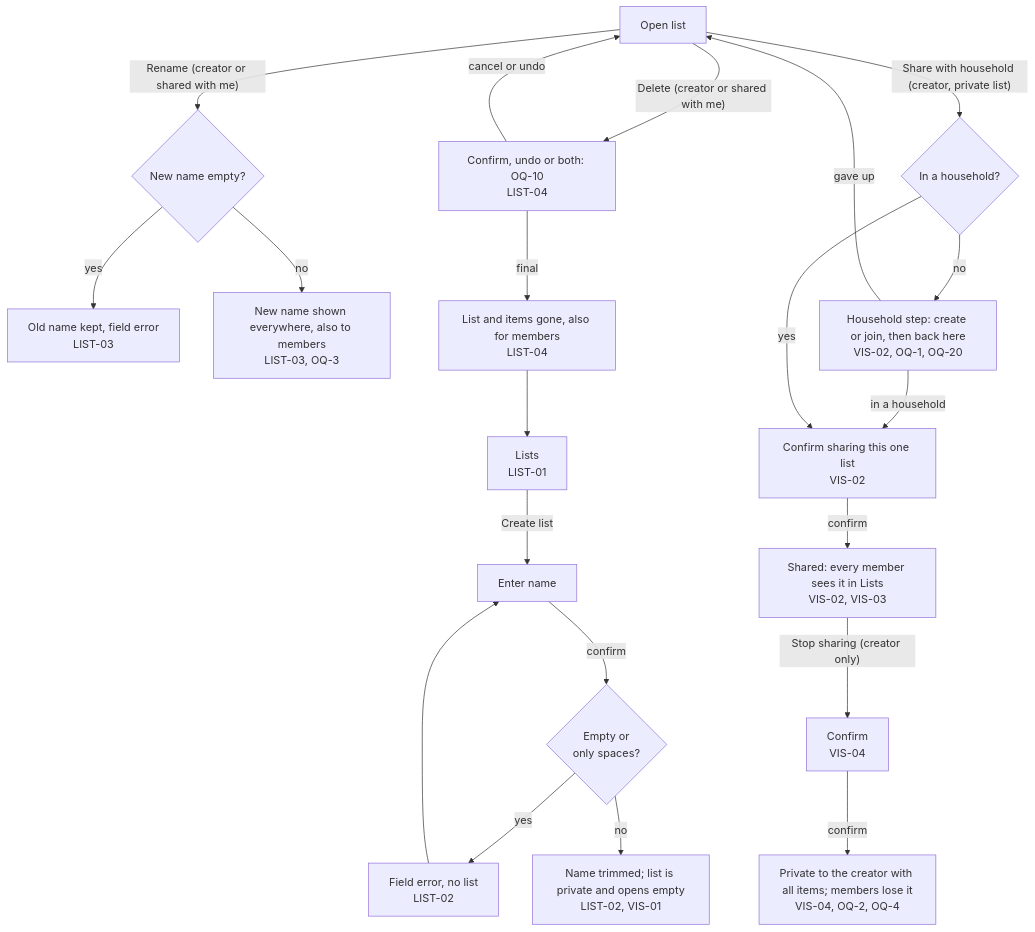
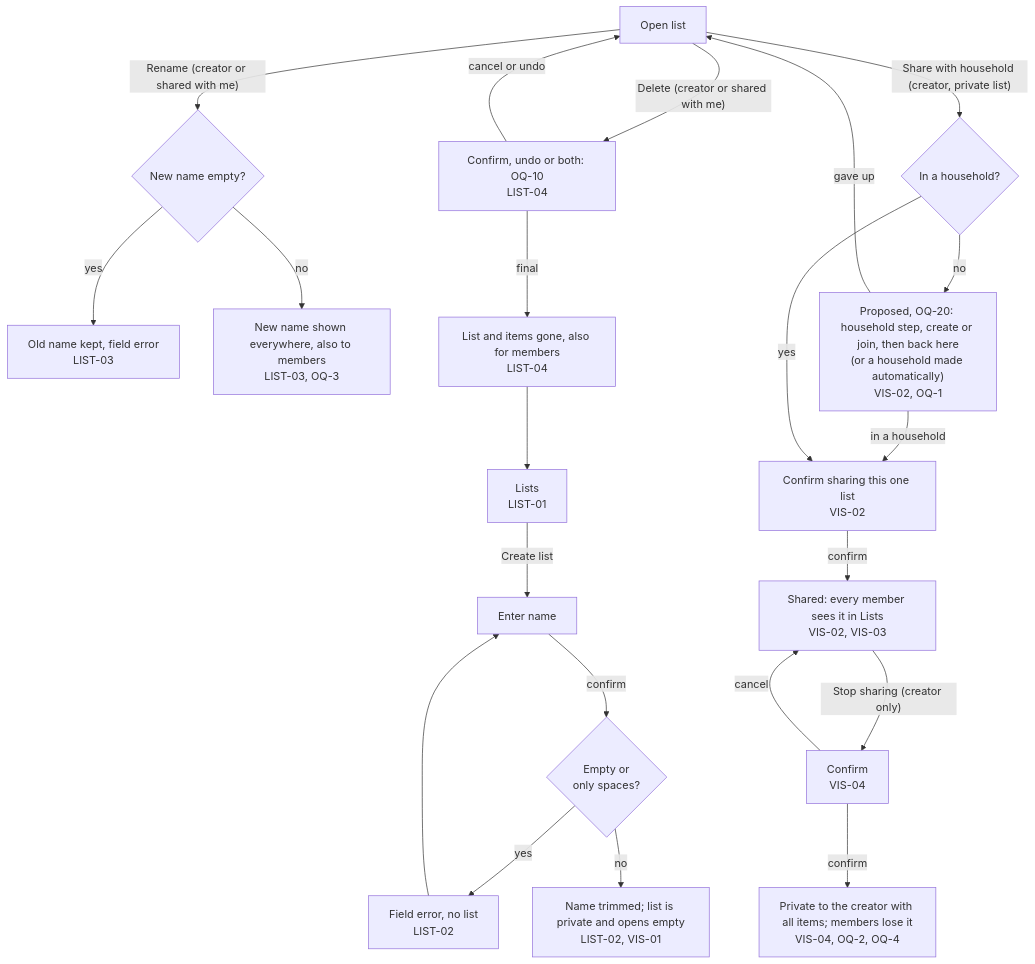
Before and after one commit to bondo/listicles2: the fifth of 10 diagrams in docs/product/flow.md, drawn with Mermaid. The commit also changed other lines of this file, not shown here.

````diff
--- a/docs/product/flow.md
+++ b/docs/product/flow.md
@@ -116,21 +125,22 @@
 ```mermaid
 flowchart TD
     lists["Lists<br>LIST-01"] -- "Create list" --> name["Enter name"]
     name -- "confirm" --> nvalid{"Empty or<br>only spaces?"}
     nvalid -- "yes" --> nerr["Field error, no list<br>LIST-02"] --> name
     nvalid -- "no" --> newlist["Name trimmed; list is private and opens empty<br>LIST-02, VIS-01"]
     open["Open list"] -- "Rename (creator or shared with me)" --> rn{"New name empty?"}
     rn -- "yes" --> rnerr["Old name kept, field error<br>LIST-03"]
     rn -- "no" --> renamed["New name shown everywhere, also to members<br>LIST-03, OQ-3"]
     open -- "Delete (creator or shared with me)" --> del["Confirm, undo or both: OQ-10<br>LIST-04"]
     del -- "cancel or undo" --> open
     del -- "final" --> dgone["List and items gone, also for members<br>LIST-04"] --> lists
     open -- "Share with household (creator, private list)" --> inhh{"In a household?"}
-    inhh -- "no" --> hstep["Household step: create or join, then back here<br>VIS-02, OQ-1, OQ-20"]
+    inhh -- "no" --> hstep["Proposed, OQ-20: household step, create or join, then back here<br>(or a household made automatically)<br>VIS-02, OQ-1"]
     hstep -- "in a household" --> sconfirm
     hstep -- "gave up" --> open
     inhh -- "yes" --> sconfirm["Confirm sharing this one list<br>VIS-02"]
     sconfirm -- "confirm" --> shared["Shared: every member sees it in Lists<br>VIS-02, VIS-03"]
     shared -- "Stop sharing (creator only)" --> stop["Confirm<br>VIS-04"]
+    stop -- "cancel" --> shared
     stop -- "confirm" --> private["Private to the creator with all items; members lose it<br>VIS-04, OQ-2, OQ-4"]
 ```
````
